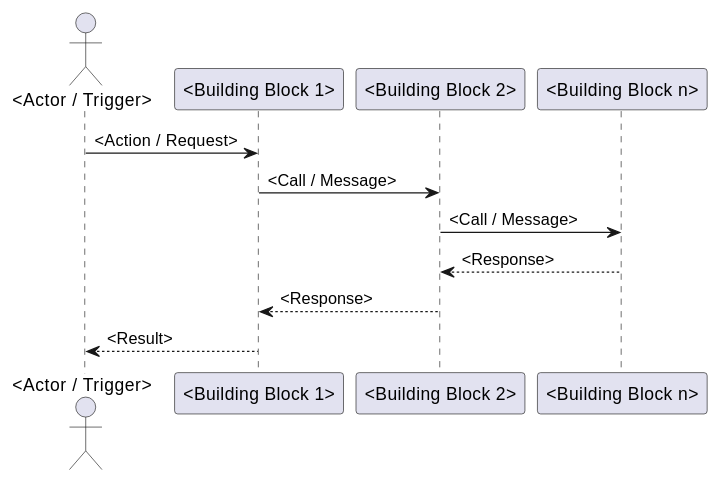
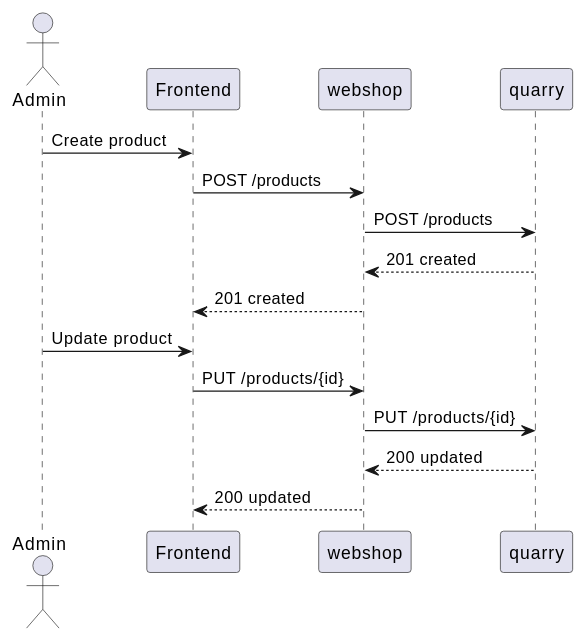
One commit to Juschwy/m321-obelix-webshop-mvk changed the second of 4 diagrams in docs/arc42/06_runtime_view.adoc. Above: the diagram before and after it, drawn with PlantUML. The commit also changed other lines of this file and 7 other files, not shown here.

```diff
--- a/docs/arc42/06_runtime_view.adoc
+++ b/docs/arc42/06_runtime_view.adoc
@@ -56,17 +74,21 @@
-[plantuml, <scenario-id>, svg]
+[plantuml, runtime-admin-crud, svg]
 ----
 @startuml
-actor "<Actor / Trigger>" as Actor
+actor "Admin" as Admin
+participant "Frontend" as FE
+participant "webshop" as WS
+participant "quarry" as Q
 
-participant "<Building Block 1>" as BB1
-participant "<Building Block 2>" as BB2
-participant "<Building Block n>" as BBn
+Admin -> FE : Create product
+FE -> WS : POST /products
+WS -> Q : POST /products
+Q --> WS : 201 created
+WS --> FE : 201 created
 
-Actor -> BB1 : <Action / Request>
-BB1 -> BB2 : <Call / Message>
-BB2 -> BBn : <Call / Message>
-BBn --> BB2 : <Response>
-BB2 --> BB1 : <Response>
-BB1 --> Actor : <Result>
+Admin -> FE : Update product
+FE -> WS : PUT /products/{id}
+WS -> Q : PUT /products/{id}
+Q --> WS : 200 updated
+WS --> FE : 200 updated
 @enduml
 ----
```
